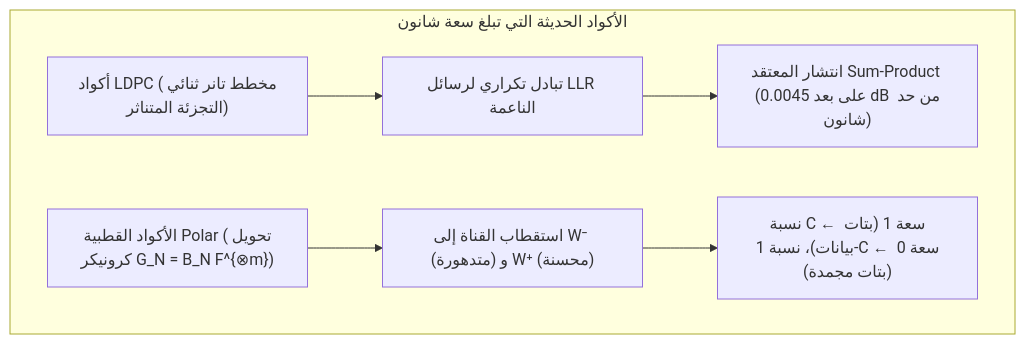
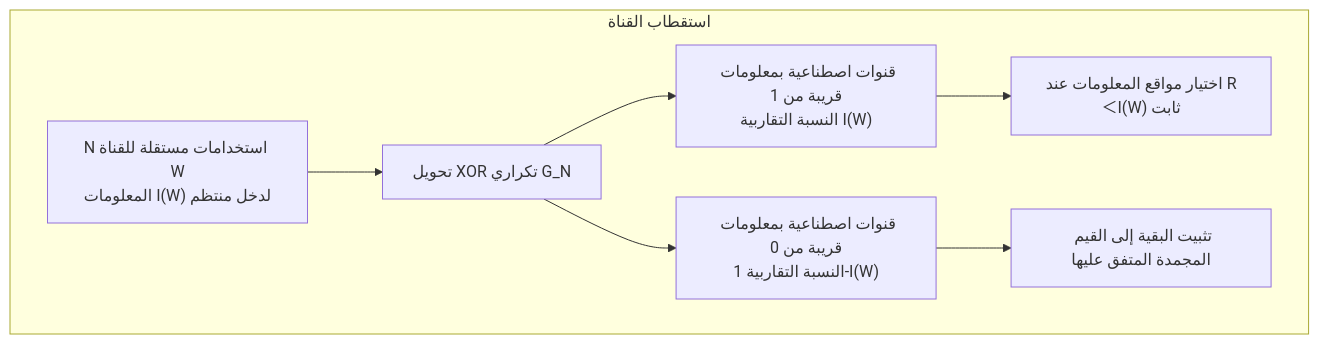
One commit to kenjinote/blog changed the fourth of 4 diagrams in content/post/error-correcting-codes-hamming-reed-solomon-ldpc-shannon-capacity-information-theory/index.ar.md. Above: the diagram before and after it, drawn with Mermaid. The commit also changed other lines of this file and 14 other files, not shown here.

````diff
--- a/content/post/error-correcting-codes-hamming-reed-solomon-ldpc-shannon-capacity-information-theory/index.ar.md
+++ b/content/post/error-correcting-codes-hamming-reed-solomon-ldpc-shannon-capacity-information-theory/index.ar.md
@@ -133,9 +508,10 @@
 ```mermaid
 flowchart TD
-    subgraph CapAR["الأكواد الحديثة التي تبلغ سعة شانون"]
-        L1["أكواد LDPC (مخطط تانر ثنائي التجزئة المتناثر)"] --> L2["تبادل تكراري لرسائل LLR الناعمة"]
-        L2 --> L3["انتشار المعتقد Sum-Product (على بعد 0.0045 dB من حد شانون)"]
-        P1["الأكواد القطبية Polar (تحويل كرونيكر G_N = B_N F^{⊗m})"] --> P2["استقطاب القناة إلى W⁻ (متدهورة) و W⁺ (محسنة)"]
-        P2 --> P3["نسبة C ← سعة 1 (بتات بيانات)، نسبة 1-C ← سعة 0 (بتات مجمدة)"]
+    subgraph Polar["استقطاب القناة"]
+        W["N استخدامات مستقلة للقناة W<br/>المعلومات I(W) لدخل منتظم"] --> Kron["تحويل XOR تكراري G_N"]
+        Kron --> Good["قنوات اصطناعية بمعلومات قريبة من 1<br/>النسبة التقاربية I(W)"]
+        Kron --> Bad["قنوات اصطناعية بمعلومات قريبة من 0<br/>النسبة التقاربية 1-I(W)"]
+        Good --> Info["اختيار مواقع المعلومات عند R＜I(W) ثابت"]
+        Bad --> Frozen["تثبيت البقية إلى القيم المجمدة المتفق عليها"]
     end
 ```
````
